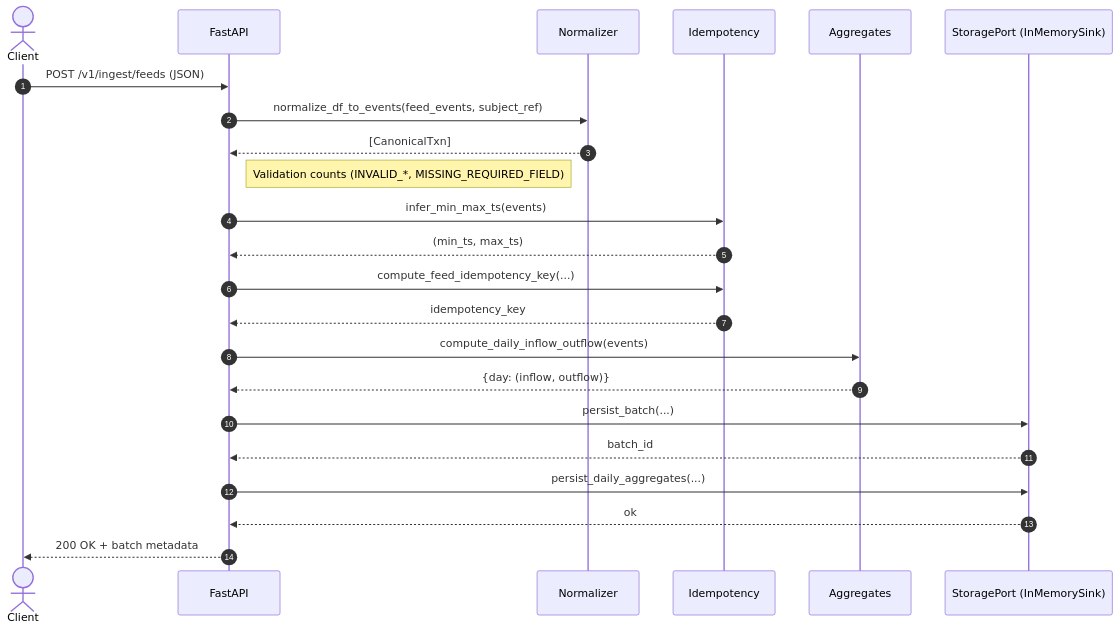
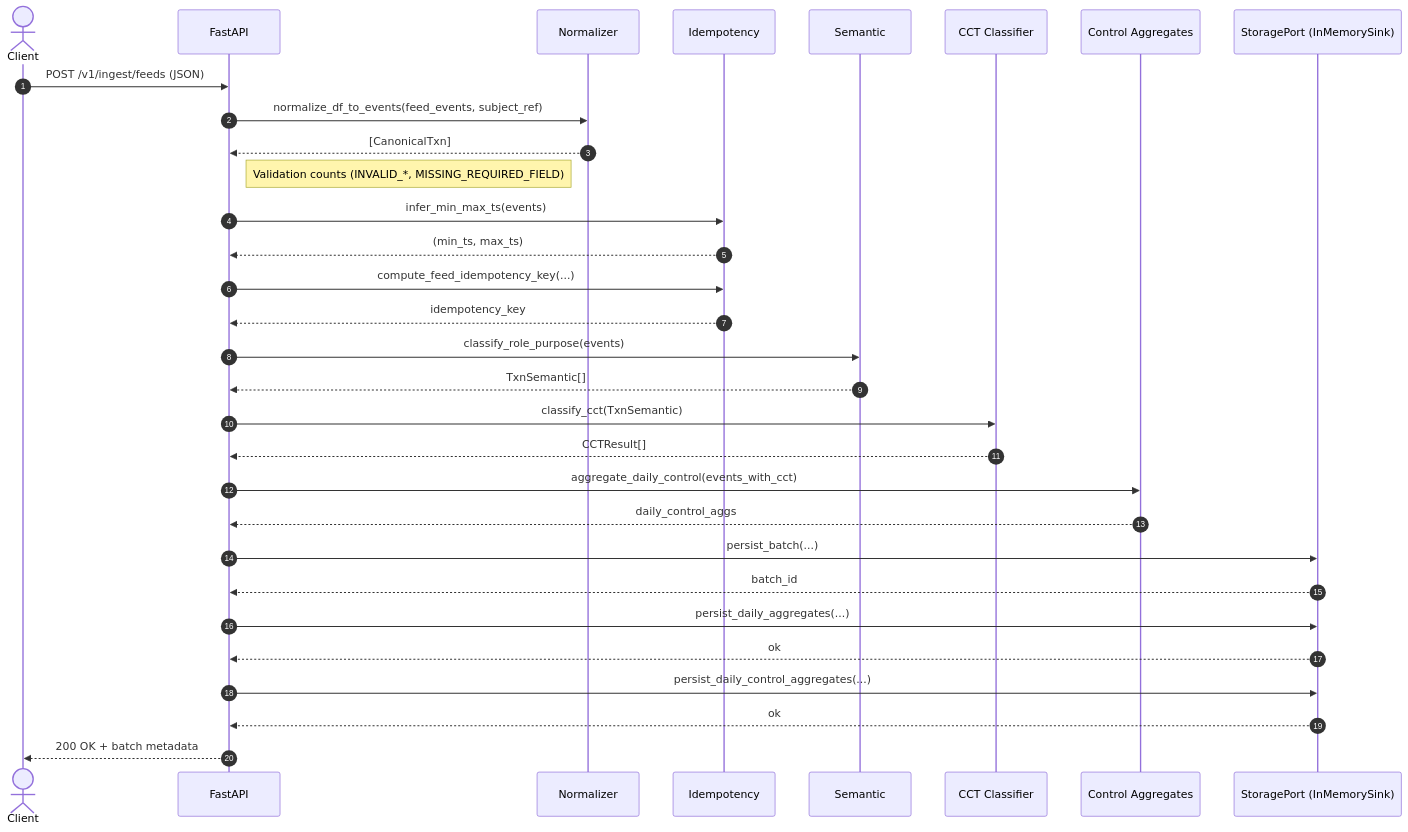
One commit to shashankcheema/cash-lending changed the third of 3 diagrams in cashflow_ingest/docs/architecture.md. Above: the diagram before and after it, drawn with Mermaid. The commit also changed other lines of this file and 14 other files, not shown here.

````diff
--- a/cashflow_ingest/docs/architecture.md
+++ b/cashflow_ingest/docs/architecture.md
@@ -79,26 +90,34 @@
 ```mermaid
 sequenceDiagram
     autonumber
     actor Client
     participant API as FastAPI
     participant Norm as Normalizer
     participant Idem as Idempotency
-    participant Agg as Aggregates
+    participant Sem as Semantic
+    participant CCT as CCT Classifier
+    participant Agg as Control Aggregates
     participant Store as StoragePort (InMemorySink)
 
     Client->>API: POST /v1/ingest/feeds (JSON)
     API->>Norm: normalize_df_to_events(feed_events, subject_ref)
     Norm-->>API: [CanonicalTxn]
     Note right of API: Validation counts (INVALID_*, MISSING_REQUIRED_FIELD)
     API->>Idem: infer_min_max_ts(events)
     Idem-->>API: (min_ts, max_ts)
     API->>Idem: compute_feed_idempotency_key(...)
     Idem-->>API: idempotency_key
-    API->>Agg: compute_daily_inflow_outflow(events)
-    Agg-->>API: {day: (inflow, outflow)}
+    API->>Sem: classify_role_purpose(events)
+    Sem-->>API: TxnSemantic[]
+    API->>CCT: classify_cct(TxnSemantic)
+    CCT-->>API: CCTResult[]
+    API->>Agg: aggregate_daily_control(events_with_cct)
+    Agg-->>API: daily_control_aggs
     API->>Store: persist_batch(...)
     Store-->>API: batch_id
     API->>Store: persist_daily_aggregates(...)
     Store-->>API: ok
+    API->>Store: persist_daily_control_aggregates(...)
+    Store-->>API: ok
     API-->>Client: 200 OK + batch metadata
 ```
````
